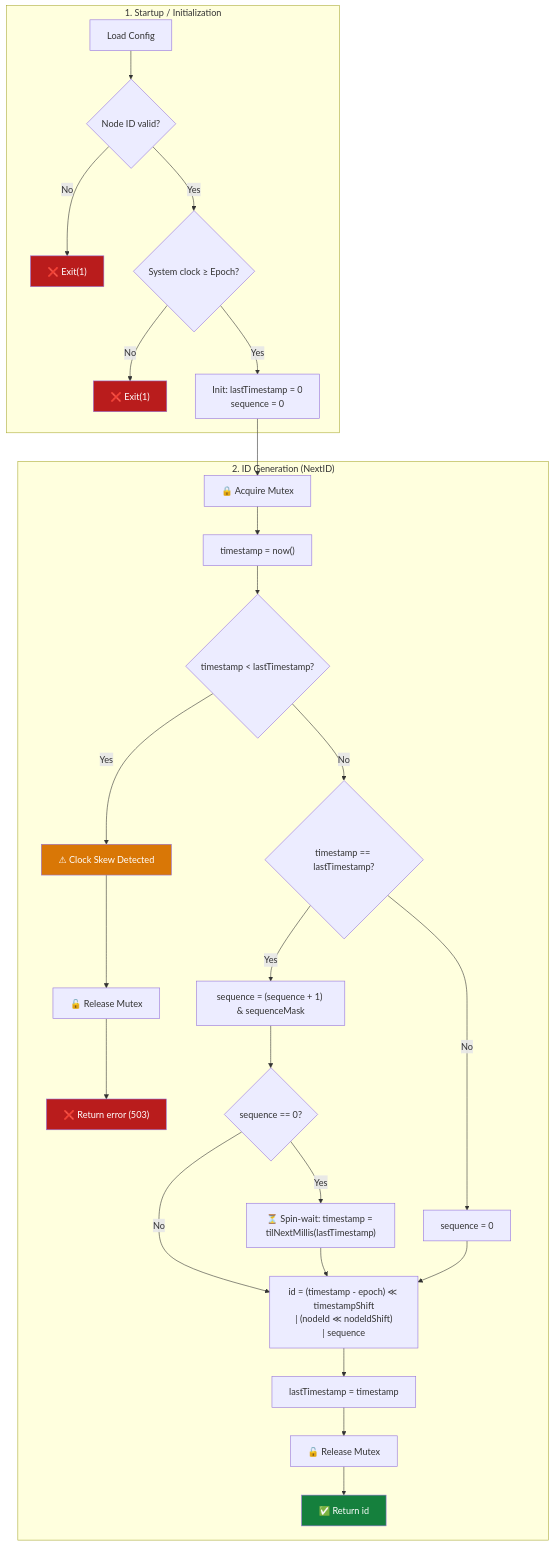
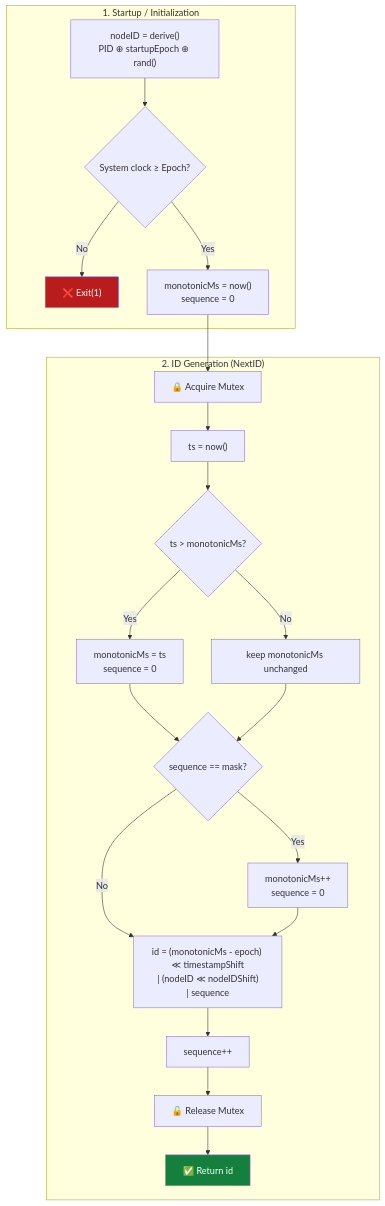
The second of 5 diagrams in docs/design/snowflake-algorithm-workflow.md (Albe83/snowflake-id-service), drawn with Mermaid before and after one commit. The commit also changed other lines of this file, not shown here.

Commit message:
docs(design): apply monotonic anchor + ephemeral node ID to all workflow diagrams

````diff
--- a/docs/design/snowflake-algorithm-workflow.md
+++ b/docs/design/snowflake-algorithm-workflow.md
@@ -18,45 +18,35 @@
 ```mermaid
 flowchart TD
     subgraph INIT["1. Startup / Initialization"]
-        A["Load Config"]
-        A --> B{"Node ID valid?"}
+        A["nodeID = derive()<br>PID ⊕ startupEpoch ⊕ rand()"]
+        A --> B{"System clock ≥ Epoch?"}
         B -->|No| C["❌ Exit(1)"]
-        B -->|Yes| D{"System clock ≥ Epoch?"}
-        D -->|No| E["❌ Exit(1)"]
-        D -->|Yes| F["Init: lastTimestamp = 0<br>sequence = 0"]
+        B -->|Yes| D["monotonicMs = now()<br>sequence = 0"]
     end
 
-    F --> G
+    D --> E
 
     subgraph GEN["2. ID Generation (NextID)"]
-        G["🔒 Acquire Mutex"]
-        G --> H["timestamp = now()"]
+        E["🔒 Acquire Mutex"]
+        E --> F["ts = now()"]
 
-        H --> I{"timestamp < lastTimestamp?"}
-        I -->|Yes| J["⚠ Clock Skew Detected"]
-        J --> K["🔓 Release Mutex"]
-        K --> L["❌ Return error (503)"]
+        F --> G{"ts > monotonicMs?"}
+        G -->|Yes| H["monotonicMs = ts<br>sequence = 0"]
+        G -->|No| I["keep monotonicMs unchanged"]
 
-        I -->|No| M{"timestamp == lastTimestamp?"}
-        M -->|Yes| N["sequence = (sequence + 1) & sequenceMask"]
-        N --> O{"sequence == 0?"}
-        O -->|Yes| P["⏳ Spin-wait: timestamp = tilNextMillis(lastTimestamp)"]
-        O -->|No| Q["Build ID"]
-        P --> Q
+        H --> J{"sequence == mask?"}
+        I --> J
+        J -->|Yes| K["monotonicMs++<br>sequence = 0"]
+        J -->|No| L["Build ID"]
+        K --> L
 
-        M -->|No| R["sequence = 0"]
-        R --> Q
+        L["id = (monotonicMs - epoch) ≪ timestampShift<br>| (nodeID ≪ nodeIDShift)<br>| sequence"]
 
-        Q["id = (timestamp - epoch) ≪ timestampShift<br>| (nodeId ≪ nodeIdShift)<br>| sequence"]
-
-        Q --> S["lastTimestamp = timestamp"]
-        S --> T["🔓 Release Mutex"]
-        T --> U["✅ Return id"]
+        L --> M["sequence++"]
+        M --> N["🔓 Release Mutex"]
+        N --> O["✅ Return id"]
     end
 
     style C fill:#b91c1c,color:#fff
-    style E fill:#b91c1c,color:#fff
-    style J fill:#d97706,color:#fff
-    style L fill:#b91c1c,color:#fff
-    style U fill:#15803d,color:#fff
+    style O fill:#15803d,color:#fff
 ```
````
